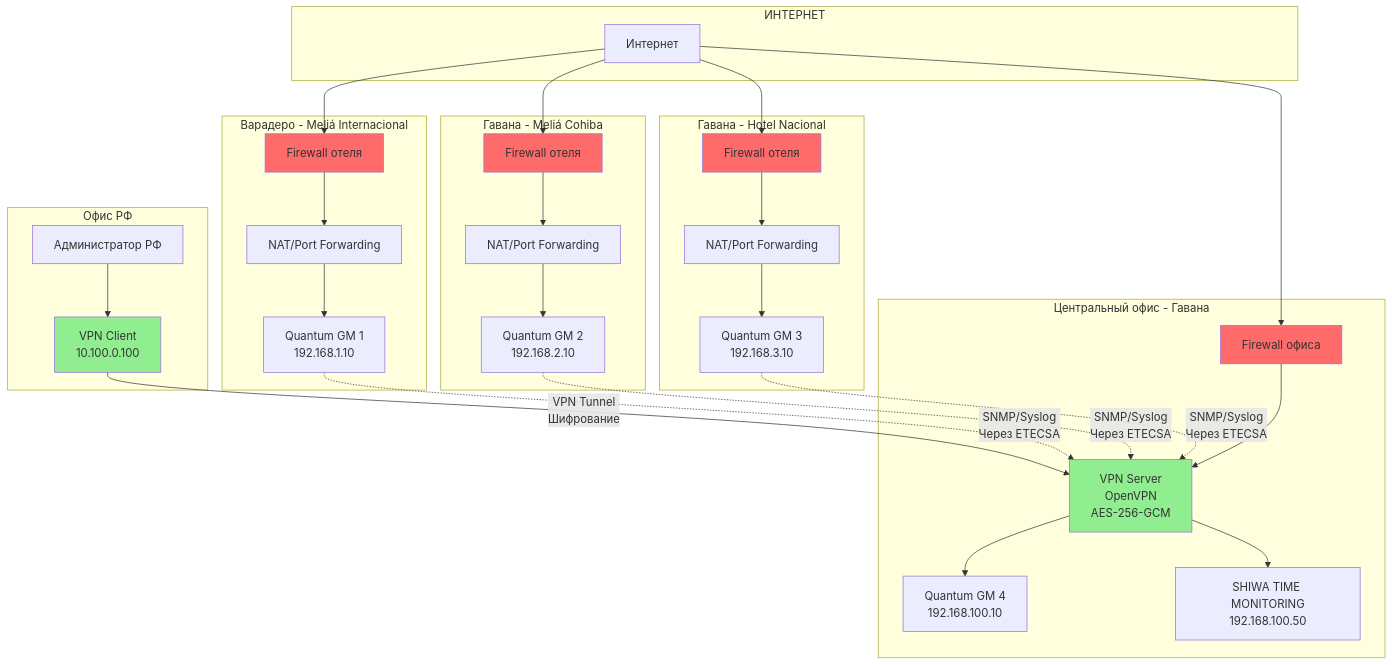
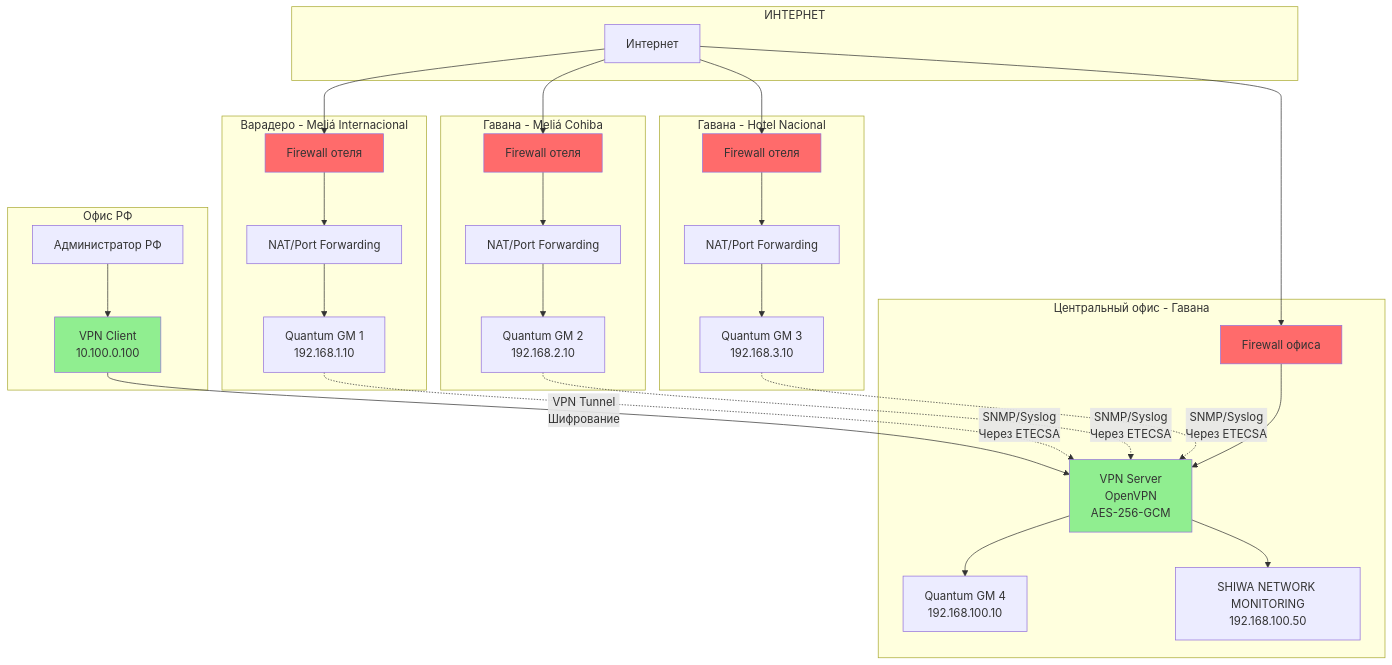
One commit to SiwaNetwork/BIZNES_HOTEL changed the sixth of 6 diagrams in network_diagrams.md. Above: the diagram before and after it, drawn with Mermaid. The commit also changed other lines of this file and 4 other files, not shown here.

First line of the commit message:
Переименована система мониторинга в SHIWA NETWORK MONITORING

````diff
--- a/network_diagrams.md
+++ b/network_diagrams.md
@@ -524,67 +520,67 @@
 ```mermaid
 graph TB
     subgraph "ИНТЕРНЕТ"
         INTERNET[Интернет]
     end
     
     subgraph "Варадеро - Meliá Internacional"
         FW1[Firewall отеля]
         NAT1[NAT/Port Forwarding]
         GM1[Quantum GM 1<br/>192.168.1.10]
         
         INTERNET --> FW1
         FW1 --> NAT1
         NAT1 --> GM1
     end
     
     subgraph "Гавана - Meliá Cohiba"
         FW2[Firewall отеля]
         NAT2[NAT/Port Forwarding]
         GM2[Quantum GM 2<br/>192.168.2.10]
         
         INTERNET --> FW2
         FW2 --> NAT2
         NAT2 --> GM2
     end
     
     subgraph "Гавана - Hotel Nacional"
         FW3[Firewall отеля]
         NAT3[NAT/Port Forwarding]
         GM3[Quantum GM 3<br/>192.168.3.10]
         
         INTERNET --> FW3
         FW3 --> NAT3
         NAT3 --> GM3
     end
     
     subgraph "Центральный офис - Гавана"
         FW4[Firewall офиса]
         VPN_SERVER[VPN Server<br/>OpenVPN<br/>AES-256-GCM]
         GM4[Quantum GM 4<br/>192.168.100.10]
-        MON[SHIWA TIME MONITORING<br/>192.168.100.50]
+        MON[SHIWA NETWORK MONITORING<br/>192.168.100.50]
         
         INTERNET --> FW4
         FW4 --> VPN_SERVER
         VPN_SERVER --> GM4
         VPN_SERVER --> MON
     end
     
     subgraph "Офис РФ"
         VPN_CLIENT[VPN Client<br/>10.100.0.100]
         RF_ADMIN[Администратор РФ]
         
         RF_ADMIN --> VPN_CLIENT
         VPN_CLIENT -->|VPN Tunnel<br/>Шифрование| VPN_SERVER
     end
     
     GM1 -.->|SNMP/Syslog<br/>Через ETECSA| VPN_SERVER
     GM2 -.->|SNMP/Syslog<br/>Через ETECSA| VPN_SERVER
     GM3 -.->|SNMP/Syslog<br/>Через ETECSA| VPN_SERVER
 
     style FW1 fill:#FF6B6B
     style FW2 fill:#FF6B6B
     style FW3 fill:#FF6B6B
     style FW4 fill:#FF6B6B
     style VPN_SERVER fill:#90EE90
     style VPN_CLIENT fill:#90EE90
 ```
````
